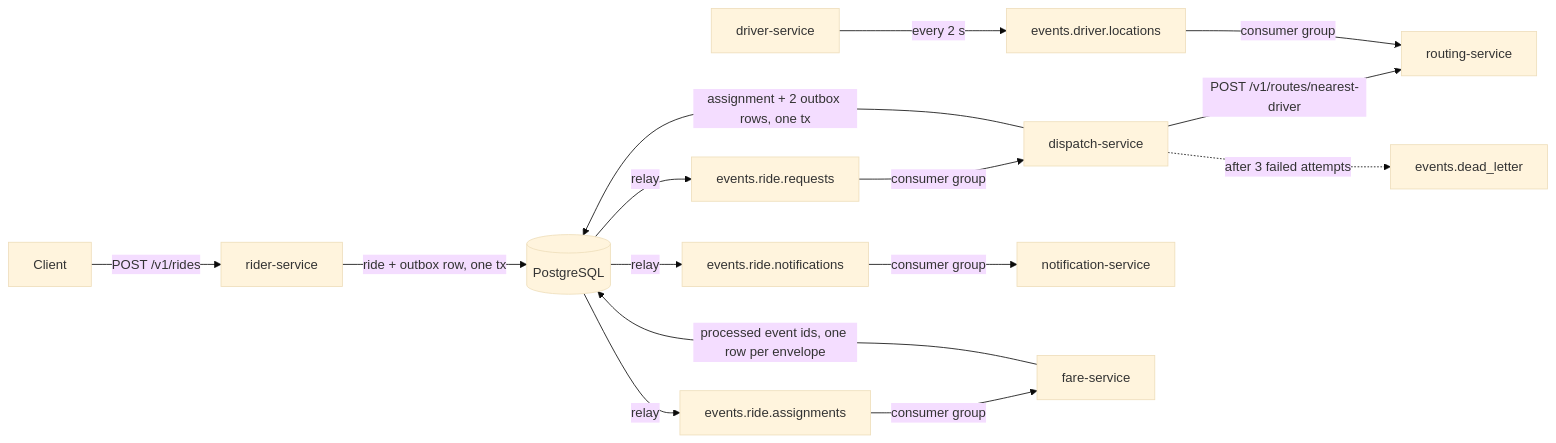
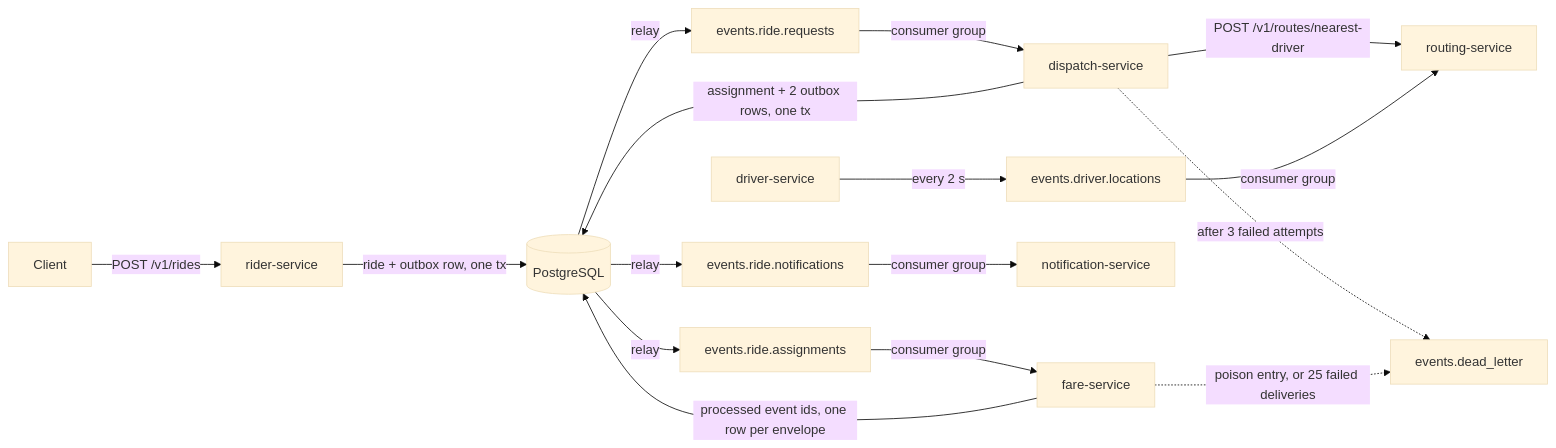
Before and after one commit to 96528025/MetroRide: the diagram in README.md, drawn with Mermaid (base theme). The commit also changed other lines of this file and 30 other files, not shown here.

First line of the commit message:
feat: reclaim pending fare-service entries and dead-letter poison or expired ones (#17)

````diff
--- a/README.md
+++ b/README.md
@@ -22,17 +22,18 @@
 ```mermaid
 flowchart LR
     Client -->|POST /v1/rides| Rider[rider-service]
     Rider -->|ride + outbox row, one tx| DB[(PostgreSQL)]
     DB -->|relay| RQ[events.ride.requests]
     RQ -->|consumer group| Dispatch[dispatch-service]
     Dispatch -->|POST /v1/routes/nearest-driver| Routing[routing-service]
     Driver[driver-service] -->|every 2 s| DL[events.driver.locations]
     DL -->|consumer group| Routing
     Dispatch -->|assignment + 2 outbox rows, one tx| DB
     DB -->|relay| RA[events.ride.assignments]
     DB -->|relay| RN[events.ride.notifications]
     RN -->|consumer group| Notify[notification-service]
     Dispatch -.->|after 3 failed attempts| DLQ[events.dead_letter]
     RA -->|consumer group| Fare[fare-service]
     Fare -->|processed event ids, one row per envelope| DB
+    Fare -.->|poison entry, or 25 failed deliveries| DLQ
 ```
````
